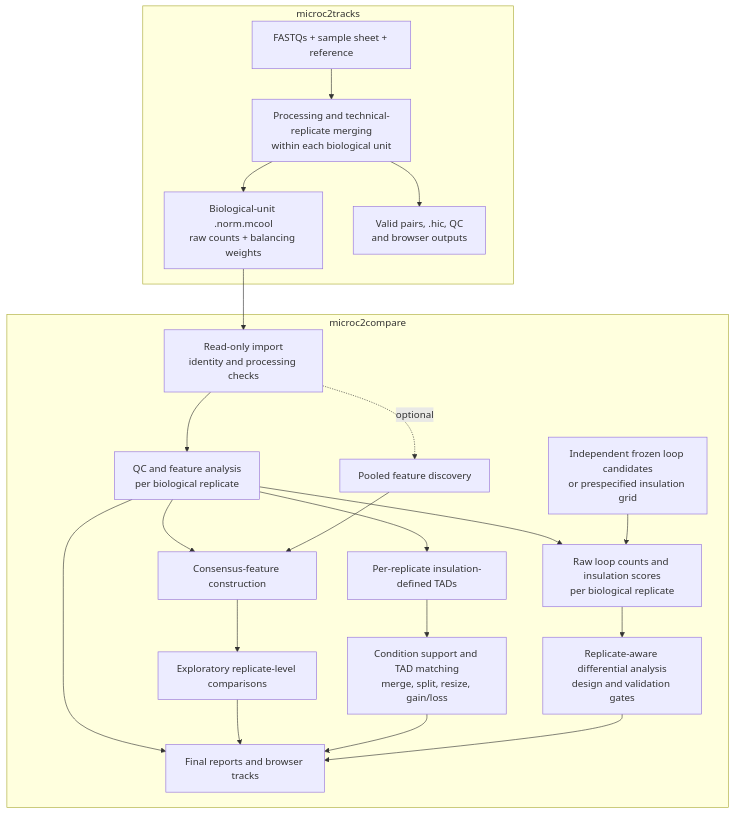
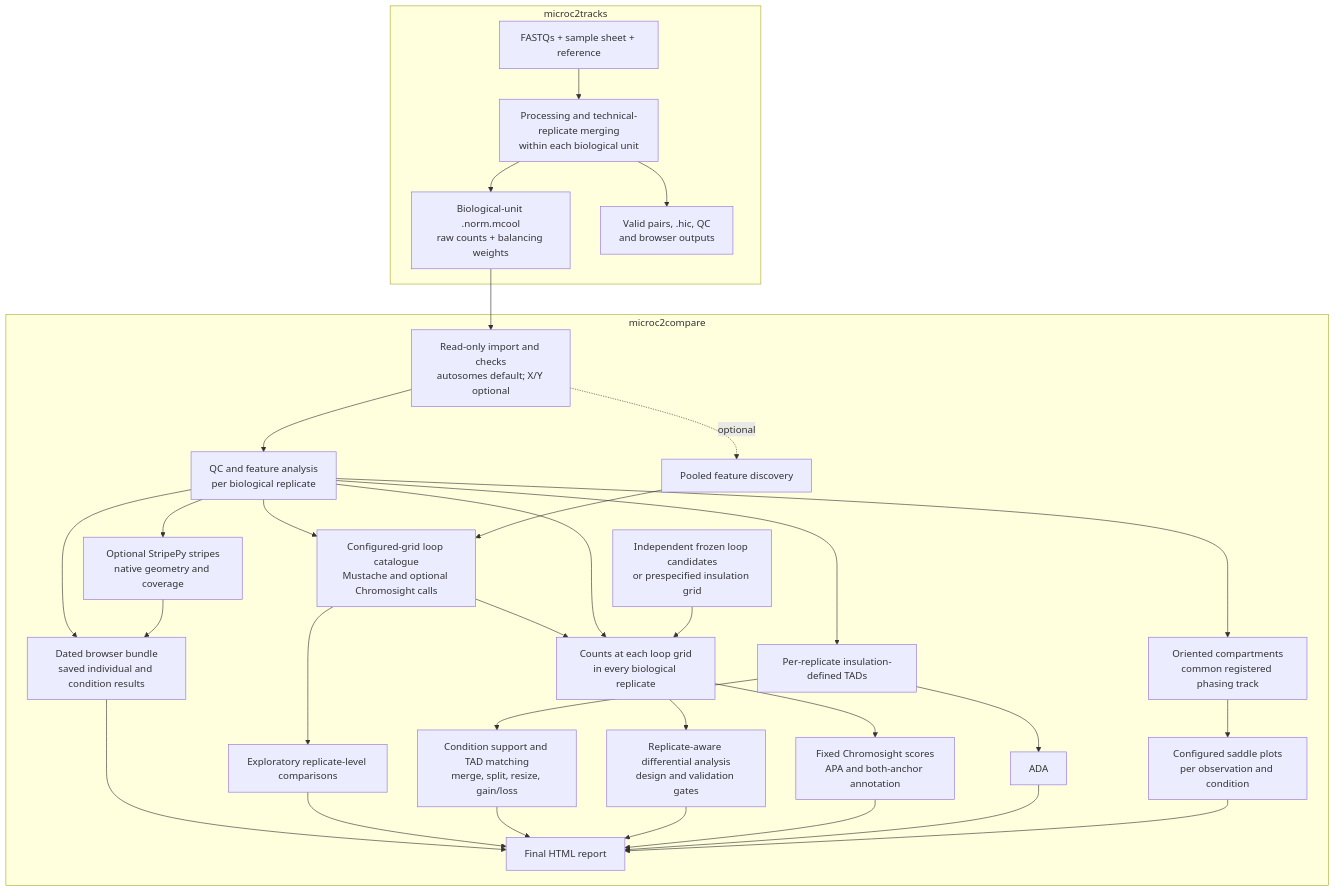
The diagram in README.md (MichalGd/microc2compare), drawn with Mermaid before and after one commit. The commit also changed other lines of this file and 153 other files, not shown here.

Commit message:
Add general-purpose CPU discovery, stripes and browser exports (0.4.0)

````diff
--- a/README.md
+++ b/README.md
@@ -15,26 +86,37 @@
 ```mermaid
 flowchart TD
   subgraph upstream["microc2tracks"]
     A["FASTQs + sample sheet + reference"]
     A --> B["Processing and technical-replicate merging<br/>within each biological unit"]
     B --> C["Biological-unit .norm.mcool<br/>raw counts + balancing weights"]
     B --> U["Valid pairs, .hic, QC<br/>and browser outputs"]
   end
   subgraph downstream["microc2compare"]
-    C --> D["Read-only import<br/>identity and processing checks"]
+    C --> D["Read-only import and checks<br/>autosomes default; X/Y optional"]
     D --> E["QC and feature analysis<br/>per biological replicate"]
     D -. optional .-> P["Pooled feature discovery"]
-    E --> F["Consensus-feature construction"]
+    E --> F["Configured-grid loop catalogue<br/>Mustache and optional Chromosight calls"]
     P --> F
     F --> X["Exploratory replicate-level comparisons"]
-    E --> Q["Raw loop counts and insulation scores<br/>per biological replicate"]
+    F --> Q["Counts at each loop grid<br/>in every biological replicate"]
+    E --> Q
+    Q --> K["Fixed Chromosight scores<br/>APA and both-anchor annotation"]
     E --> G["Per-replicate insulation-defined TADs"]
     G --> H["Condition support and TAD matching<br/>merge, split, resize, gain/loss"]
+    G --> V["ADA"]
+    E --> CP["Oriented compartments<br/>common registered phasing track"]
+    CP --> SP["Configured saddle plots<br/>per observation and condition"]
     I["Independent frozen loop candidates<br/>or prespecified insulation grid"] --> Q
     Q --> T["Replicate-aware differential analysis<br/>design and validation gates"]
-    E --> R["Final reports and browser tracks"]
+    E --> ST["Optional StripePy stripes<br/>native geometry and coverage"]
+    E --> BR["Dated browser bundle<br/>saved individual and condition results"]
+    ST --> BR
+    BR --> R["Final HTML report"]
     X --> R
     H --> R
     T --> R
+    K --> R
+    V --> R
+    SP --> R
   end
 ```
````
